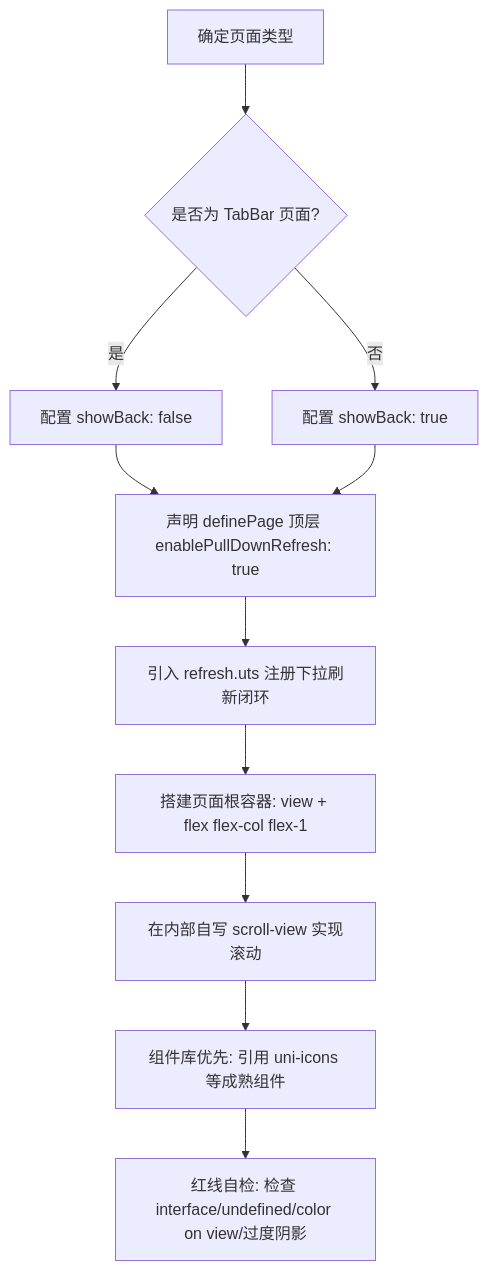
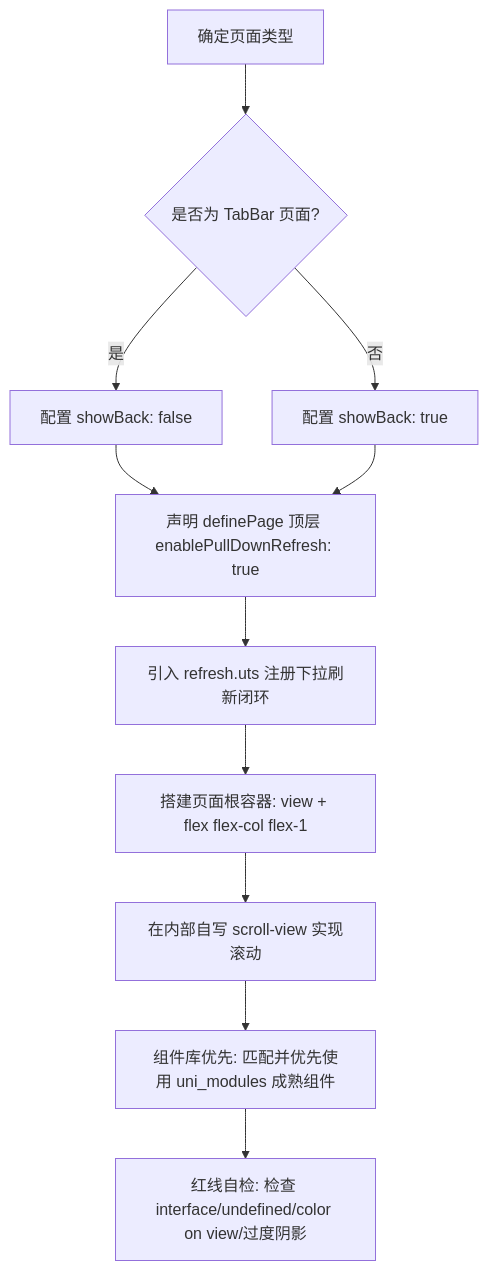
The diagram in .claude/skills/unibestX-skill/references/3-codegen.md (cq112233/unibestX), drawn with Mermaid before and after one commit. The commit also changed other lines of this file and 5 other files, not shown here.

Commit message:
docs(skill): 补充需求匹配 uni_modules 时组件库优先原则与红线清单第 53 条

````diff
--- a/.claude/skills/unibestX-skill/references/3-codegen.md
+++ b/.claude/skills/unibestX-skill/references/3-codegen.md
@@ -14,13 +14,13 @@
 ```mermaid
 graph TD
     A[确定页面类型] --> B{是否为 TabBar 页面?}
     B -->|是| C1[配置 showBack: false]
     B -->|否| C2[配置 showBack: true]
     C1 --> D[声明 definePage 顶层 enablePullDownRefresh: true]
     C2 --> D
     D --> E[引入 refresh.uts 注册下拉刷新闭环]
     E --> F[搭建页面根容器: view + flex flex-col flex-1]
     F --> G[在内部自写 scroll-view 实现滚动]
-    G --> H[组件库优先: 引用 uni-icons 等成熟组件]
+    G --> H[组件库优先: 匹配并优先使用 uni_modules 成熟组件]
     H --> I[红线自检: 检查 interface/undefined/color on view/过度阴影]
 ```
````
